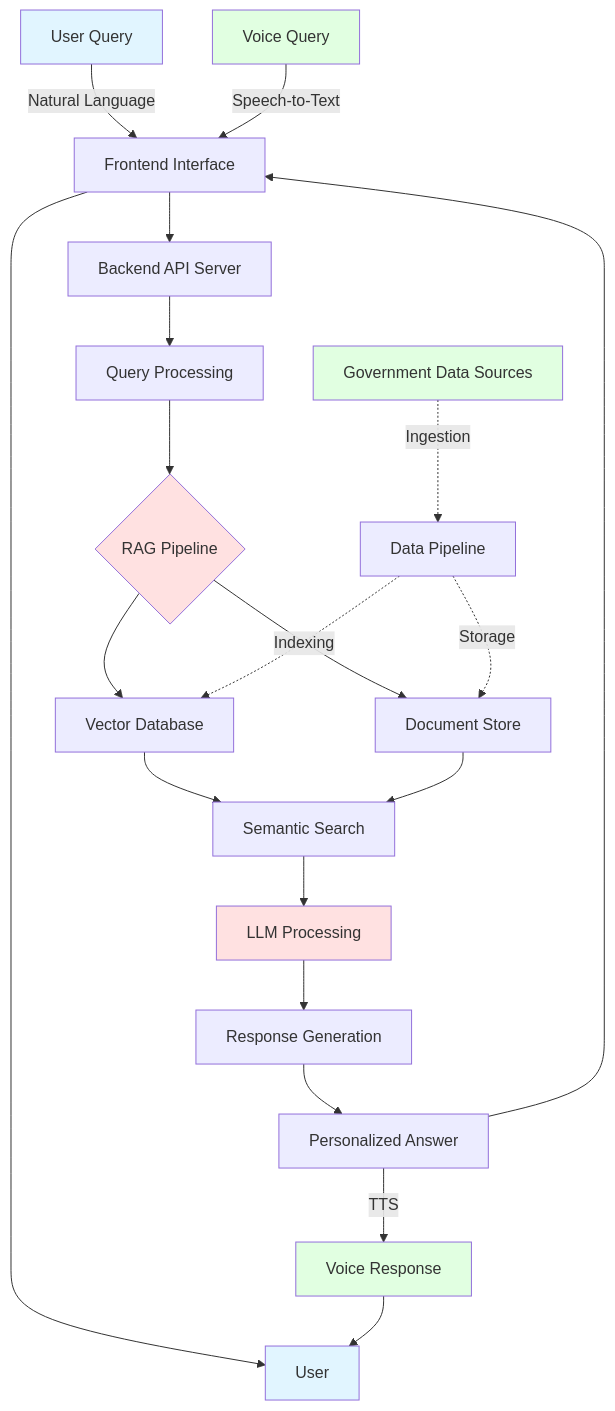
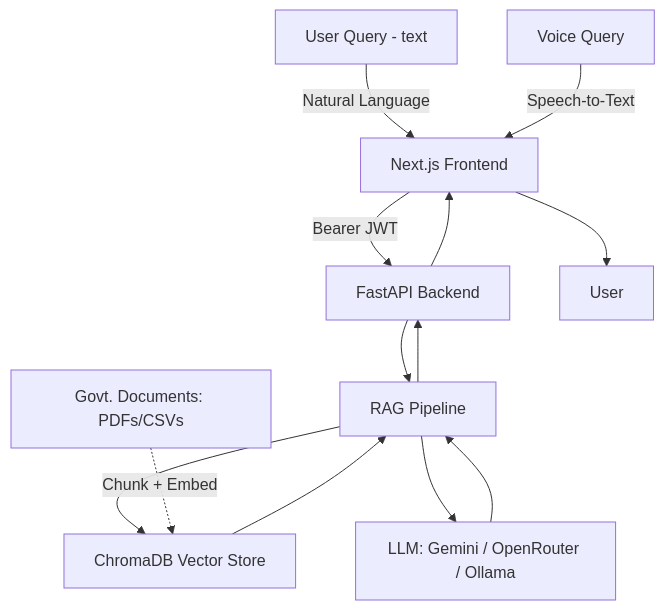
Before and after one commit to aryanb1906/ARTH-MITRA: the diagram in README.md, drawn with Mermaid. The commit also changed other lines of this file and 28 other files, not shown here.

````diff
--- a/README.md
+++ b/README.md
@@ -149,31 +86,16 @@
 ```mermaid
 graph TB
-    A[User Query] -->|Natural Language| B[Frontend Interface]
+    A[User Query - text] -->|Natural Language| B[Next.js Frontend]
     A2[Voice Query] -->|Speech-to-Text| B
-    B --> C[Backend API Server]
-    C --> D[Query Processing]
-    D --> E{RAG Pipeline}
-    E --> F[Vector Database]
-    E --> G[Document Store]
-    F --> H[Semantic Search]
-    G --> H
-    H --> I[LLM Processing]
-    I --> J[Response Generation]
-    J --> K[Personalized Answer]
-    K --> B
+    B -->|Bearer JWT| C[FastAPI Backend]
+    C --> D[RAG Pipeline]
+    D --> E[ChromaDB Vector Store]
+    D --> F[LLM: Gemini / OpenRouter / Ollama]
+    E --> D
+    F --> D
+    D --> C
+    C --> B
     B --> L[User]
-    K -->|TTS| A3[Voice Response]
-    A3 --> L
-    
-    M[Government Data Sources] -.->|Ingestion| N[Data Pipeline]
-    N -.->|Indexing| F
-    N -.->|Storage| G
-    
-    style A fill:#e1f5ff
-    style A2 fill:#e1ffe1
-    style A3 fill:#e1ffe1
-    style L fill:#e1f5ff
-    style E fill:#ffe1e1
-    style I fill:#ffe1e1
-    style M fill:#e1ffe1
+
+    G[Govt. Documents: PDFs/CSVs] -.->|Chunk + Embed| E
 ```
````
